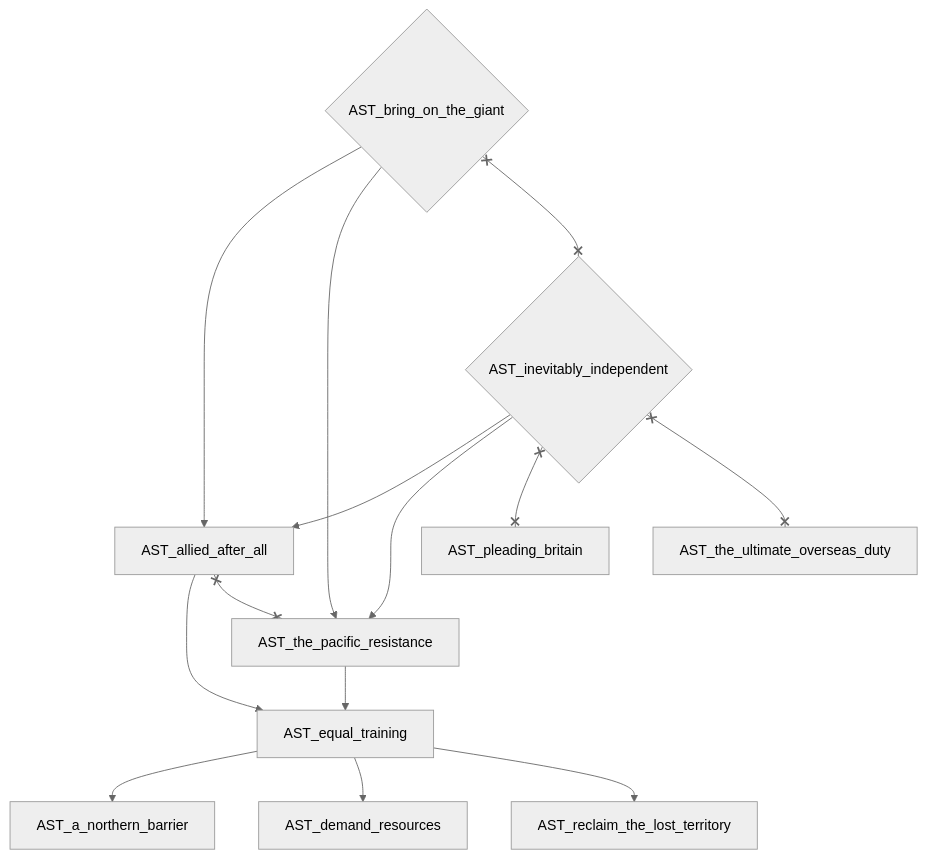
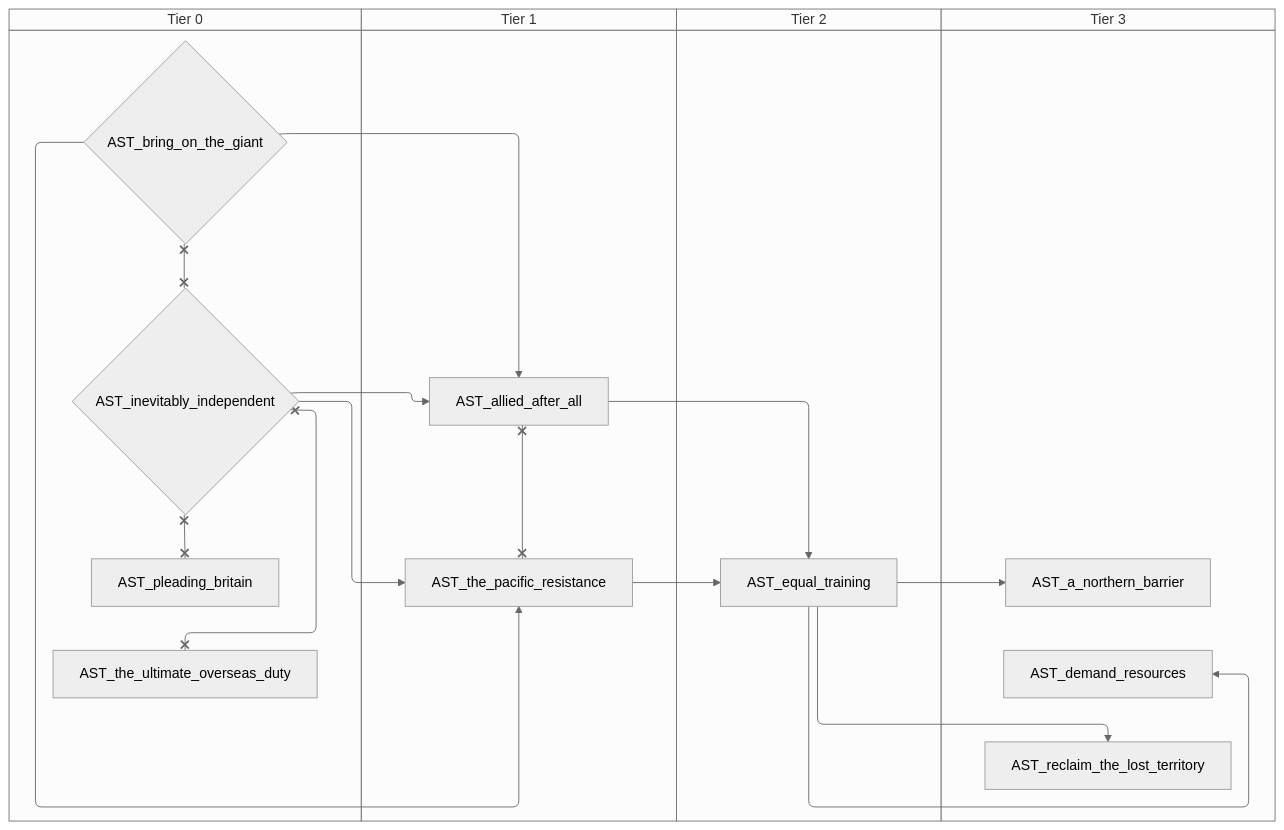
The sixth of 15 diagrams in docs/gdd/National Focuses/r56/australia_taog.md (evgeny-sobol/hoi4-sandbox-mode-r56), drawn with Mermaid (neutral theme) before and after one commit. The commit also changed other lines of this file and 423 other files, not shown here.

First line of the commit message:
Re-export Rt56 focus trees as swimlane diagrams

````diff
--- a/docs/gdd/National Focuses/r56/australia_taog.md
+++ b/docs/gdd/National Focuses/r56/australia_taog.md
@@ -379,26 +441,34 @@
 ```mermaid
-flowchart TD
-    n138["AST_a_northern_barrier"]
-    n139["AST_allied_after_all"]
-    n140{"AST_bring_on_the_giant"}
-    n142["AST_demand_resources"]
-    n143["AST_equal_training"]
-    n144{"AST_inevitably_independent"}
-    n145["AST_pleading_britain"]
-    n146["AST_reclaim_the_lost_territory"]
-    n147["AST_the_pacific_resistance"]
-    n148["AST_the_ultimate_overseas_duty"]
-    n143 --> n138
-    n144 --> n139
-    n140 --> n139
-    n143 --> n142
-    n139 --> n143
-    n147 --> n143
-    n143 --> n146
-    n144 --> n147
-    n140 --> n147
-    n139 x--x n147
-    n140 x--x n144
-    n144 x--x n145
-    n144 x--x n148
+swimlane-beta TD
+    subgraph tier_0["Tier 0"]
+        n138{"AST_bring_on_the_giant"}
+        n139{"AST_inevitably_independent"}
+        n140["AST_pleading_britain"]
+        n141["AST_the_ultimate_overseas_duty"]
+    end
+    subgraph tier_1["Tier 1"]
+        n142["AST_allied_after_all"]
+        n144["AST_the_pacific_resistance"]
+    end
+    subgraph tier_2["Tier 2"]
+        n145["AST_equal_training"]
+    end
+    subgraph tier_3["Tier 3"]
+        n146["AST_a_northern_barrier"]
+        n147["AST_demand_resources"]
+        n148["AST_reclaim_the_lost_territory"]
+    end
+    n145 --> n146
+    n139 --> n142
+    n138 --> n142
+    n145 --> n147
+    n142 --> n145
+    n144 --> n145
+    n145 --> n148
+    n139 --> n144
+    n138 --> n144
+    n142 x--x n144
+    n138 x--x n139
+    n139 x--x n140
+    n139 x--x n141
 ```
````
